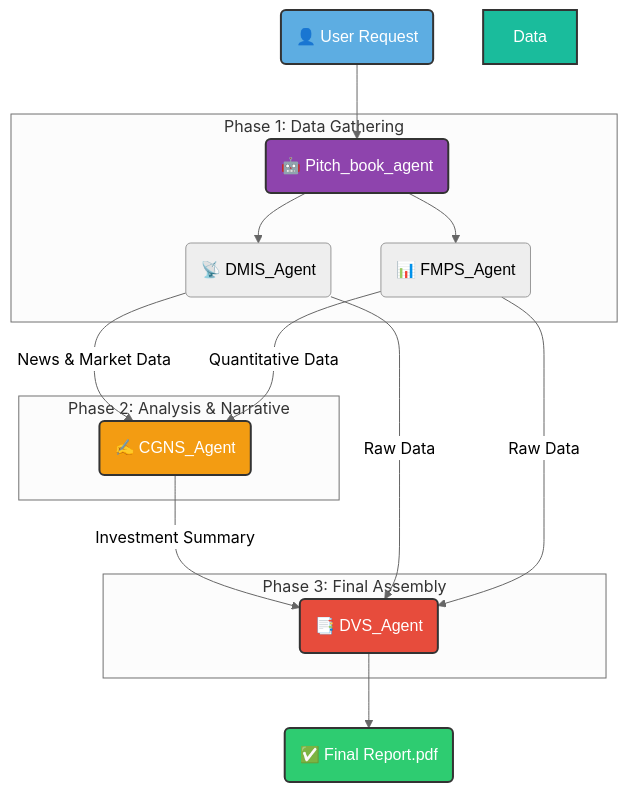
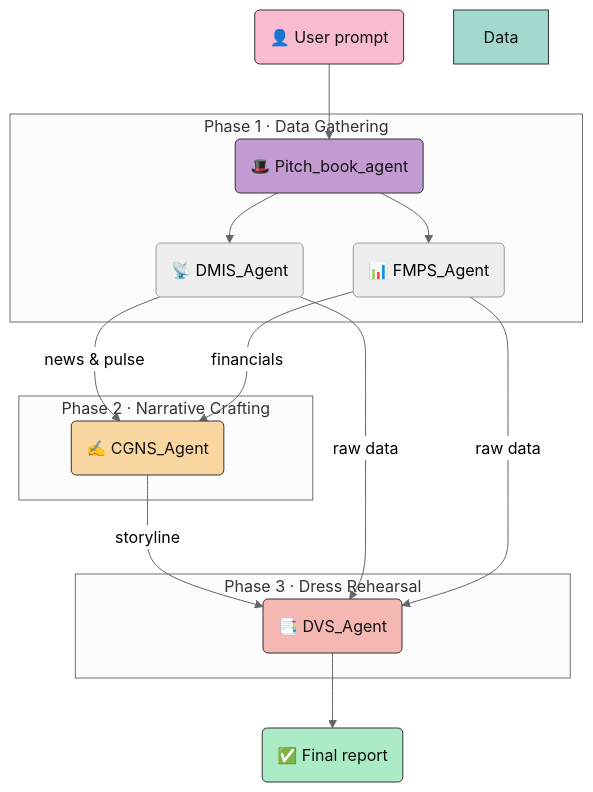
Before and after one commit to Cxxire/Pitch-book-agent-by-adk-: the diagram in README.md, drawn with Mermaid (neutral theme). The commit also changed other lines of this file, not shown here.

Commit message:
Refresh agent README with workflow and setup details

````diff
--- a/README.md
+++ b/README.md
@@ -42,31 +39,29 @@
 ```mermaid
 graph TD
-    style User fill:#5DADE2,stroke:#333,stroke-width:2px,color:#fff
-    style Manager fill:#8E44AD,stroke:#333,stroke-width:2px,color:#fff
-    style Data fill:#1ABC9C,stroke:#333,stroke-width:2px,color:#fff
-    style Analysis fill:#F39C12,stroke:#333,stroke-width:2px,color:#fff
-    style Assembly fill:#E74C3C,stroke:#333,stroke-width:2px,color:#fff
-    style Report fill:#2ECC71,stroke:#333,stroke-width:2px,color:#fff
+    style User fill:#F8BBD0,stroke:#333,color:#111
+    style Manager fill:#C39BD3,stroke:#333,color:#111
+    style Data fill:#A2D9CE,stroke:#333,color:#111
+    style Analysis fill:#FAD7A0,stroke:#333,color:#111
+    style Assembly fill:#F5B7B1,stroke:#333,color:#111
+    style Report fill:#ABEBC6,stroke:#333,color:#111
 
-    User(👤 User Request) --> Manager(🤖 Pitch_book_agent);
+    User(👤 User prompt) --> Manager(🎩 Pitch_book_agent)
 
-    subgraph "Phase 1: Data Gathering"
-        Manager --> Data1(📡 DMIS_Agent);
-        Manager --> Data2(📊 FMPS_Agent);
+    subgraph "Phase 1 · Data Gathering"
+        Manager --> Data1(📡 DMIS_Agent)
+        Manager --> Data2(📊 FMPS_Agent)
     end
 
-    subgraph "Phase 2: Analysis & Narrative"
-        Data1 -- News & Market Data --> Analysis(✍️ CGNS_Agent);
-        Data2 -- Quantitative Data --> Analysis;
-    end
-    
-    subgraph "Phase 3: Final Assembly"
-        Analysis -- Investment Summary --> Assembly(📑 DVS_Agent);
-        Data1 -- Raw Data --> Assembly;
-        Data2 -- Raw Data --> Assembly;
+    subgraph "Phase 2 · Narrative Crafting"
+        Data1 -- news & pulse --> Analysis(✍️ CGNS_Agent)
+        Data2 -- financials --> Analysis
     end
 
-    Assembly --> Report(✅ Final Report.pdf);
+    subgraph "Phase 3 · Dress Rehearsal"
+        Analysis -- storyline --> Assembly(📑 DVS_Agent)
+        Data1 -- raw data --> Assembly
+        Data2 -- raw data --> Assembly
+    end
 
-    classDef default font-family: 'Helvetica', sans-serif;
+    Assembly --> Report(✅ Final report)
 ```
````
